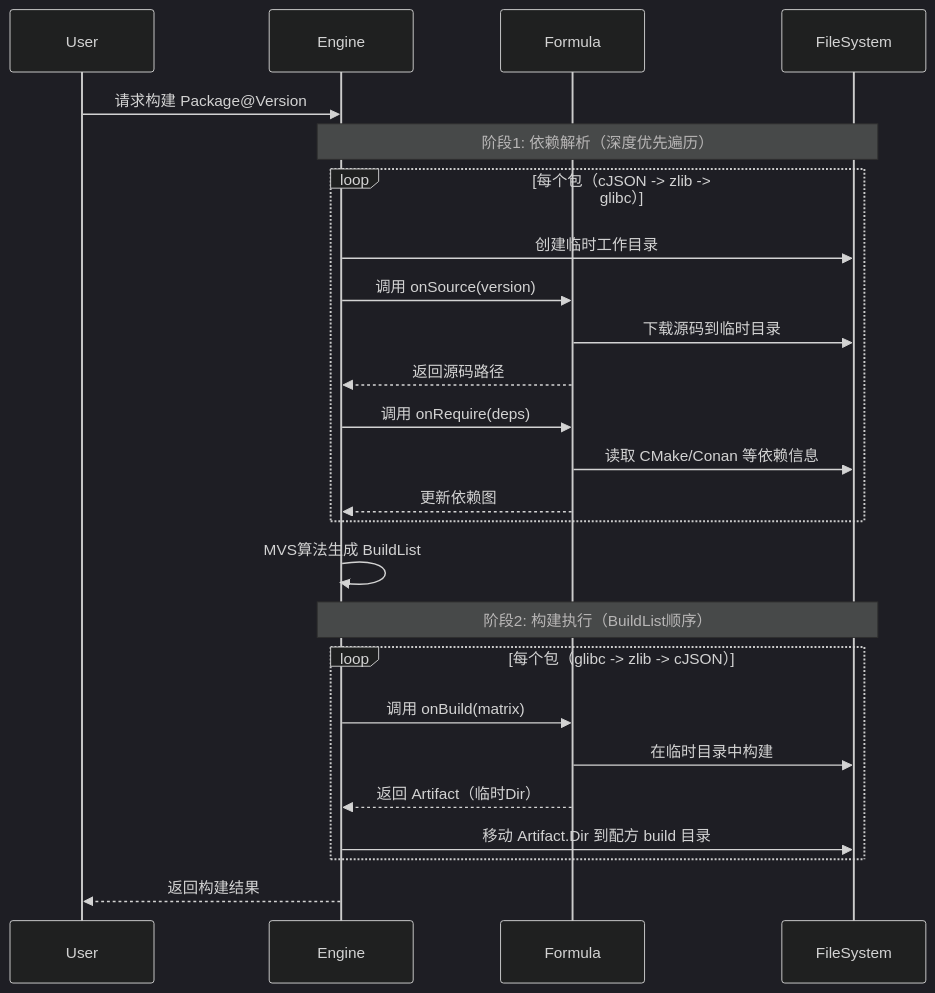
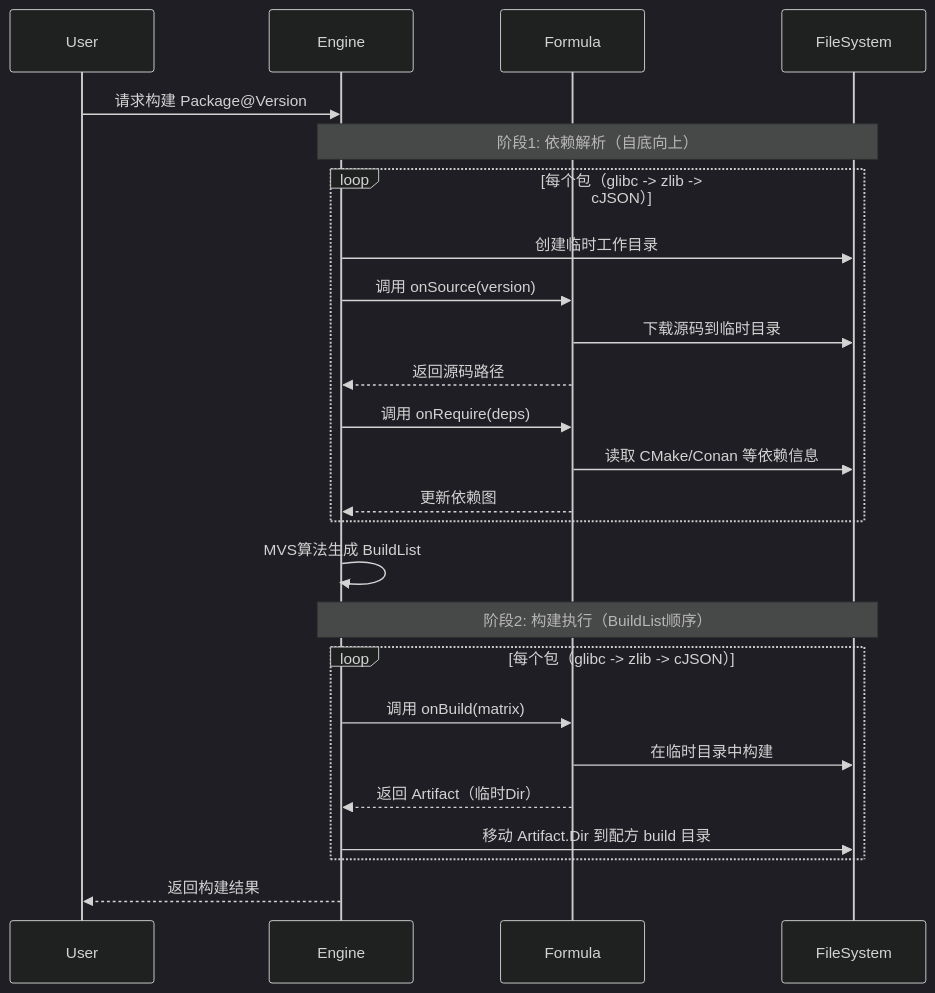
One commit to goplus/llar changed the first of 4 diagrams in docs/formulas.md. Above: the diagram before and after it, drawn with Mermaid (dark theme). The commit also changed other lines of this file, not shown here.

````diff
--- a/docs/formulas.md
+++ b/docs/formulas.md
@@ -437,33 +437,33 @@
 ```mermaid
 sequenceDiagram
     participant U as User
     participant E as Engine
     participant F as Formula
     participant FS as FileSystem
 
     U->>E: 请求构建 Package@Version
 
-    Note over E,FS: 阶段1: 依赖解析（深度优先遍历）
-    loop 每个包（cJSON -> zlib -> glibc）
+    Note over E,FS: 阶段1: 依赖解析（自底向上）
+    loop 每个包（glibc -> zlib -> cJSON）
         E->>FS: 创建临时工作目录
         E->>F: 调用 onSource(version)
         F->>FS: 下载源码到临时目录
         F-->>E: 返回源码路径
 
         E->>F: 调用 onRequire(deps)
         F->>FS: 读取 CMake/Conan 等依赖信息
         F-->>E: 更新依赖图
     end
 
     E->>E: MVS算法生成 BuildList
 
     Note over E,FS: 阶段2: 构建执行（BuildList顺序）
     loop 每个包（glibc -> zlib -> cJSON）
         E->>F: 调用 onBuild(matrix)
         F->>FS: 在临时目录中构建
         F-->>E: 返回 Artifact（临时Dir）
         E->>FS: 移动 Artifact.Dir 到配方 build 目录
     end
 
     E-->>U: 返回构建结果
 ```
````
